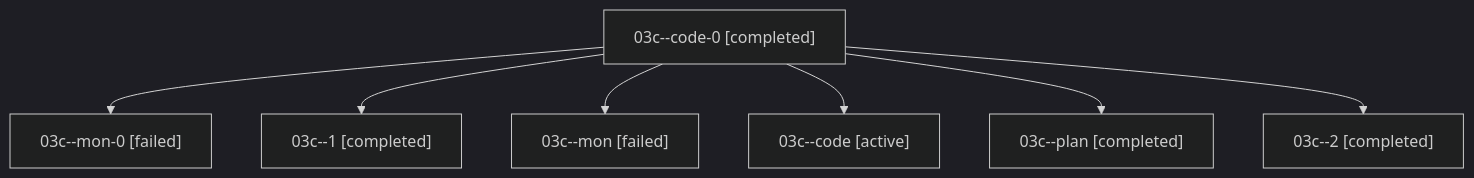
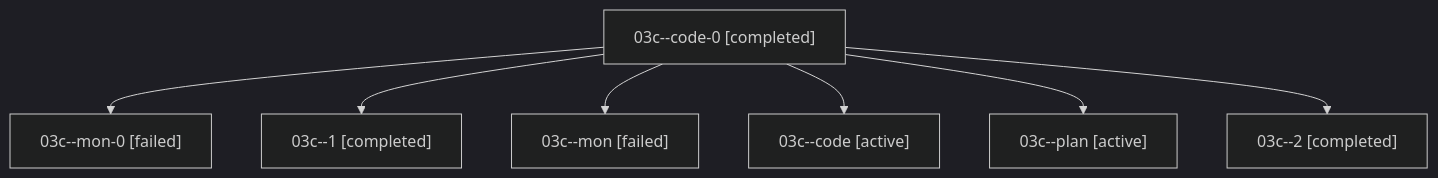
The diagram in families/bbugyi200.athena.03c.md (sase-org/sase--agents), drawn with Mermaid (dark theme) before and after one commit. The commit also changed other lines of this file and 35830 other files, not shown here.

````diff
--- a/families/bbugyi200.athena.03c.md
+++ b/families/bbugyi200.athena.03c.md
@@ -9,16 +9,16 @@
 ```mermaid
 flowchart TD
   n0["03c--code-0 [completed]"]
   n1["03c--mon-0 [failed]"]
   n0 --> n1
   n2["03c--1 [completed]"]
   n0 --> n2
   n3["03c--mon [failed]"]
   n0 --> n3
   n4["03c--code [active]"]
   n0 --> n4
-  n5["03c--plan [completed]"]
+  n5["03c--plan [active]"]
   n0 --> n5
   n6["03c--2 [completed]"]
   n0 --> n6
 ```
````
